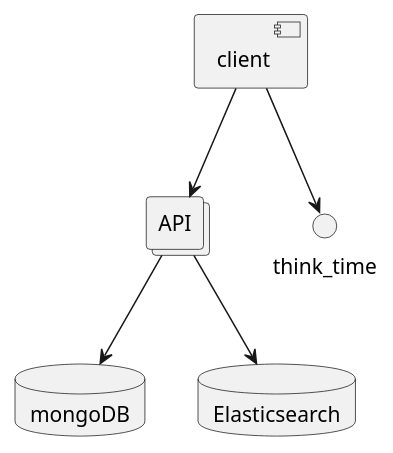
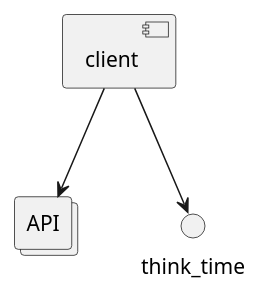
The diagram in system.puml (fbcharles747/SENG533-final-project-repo), drawn with PlantUML before and after one commit.

```diff
--- a/system.puml
+++ b/system.puml
@@ -1,26 +1,26 @@
 @startuml layer_queuing_simulation
 
 component client
 
 collections API
 
 circle think_time
 
-database mongoDB
+' database mongoDB
 
-database Elasticsearch
+' database Elasticsearch
 
 
 client --> API
 
 client --> think_time
 
-API --> mongoDB
+' API --> mongoDB
 
-API --> Elasticsearch
+' API --> Elasticsearch
 
 
 
 
 
 @enduml
```
